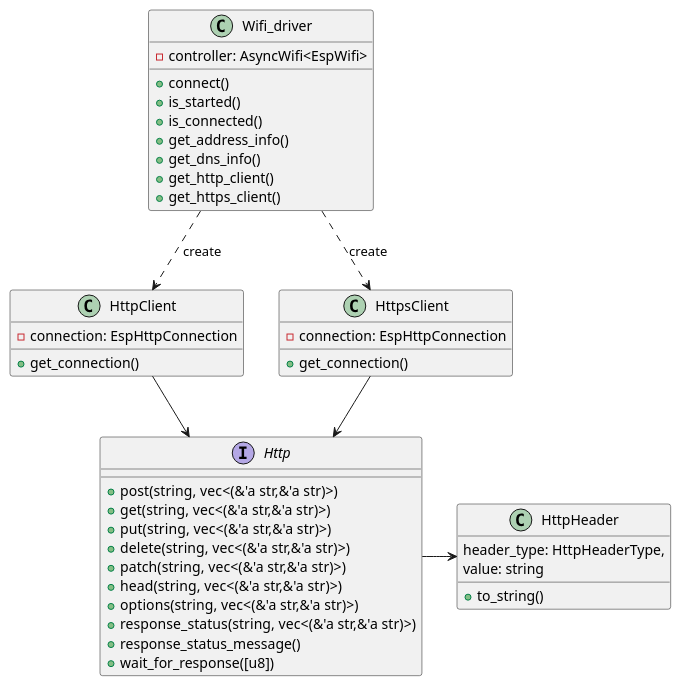
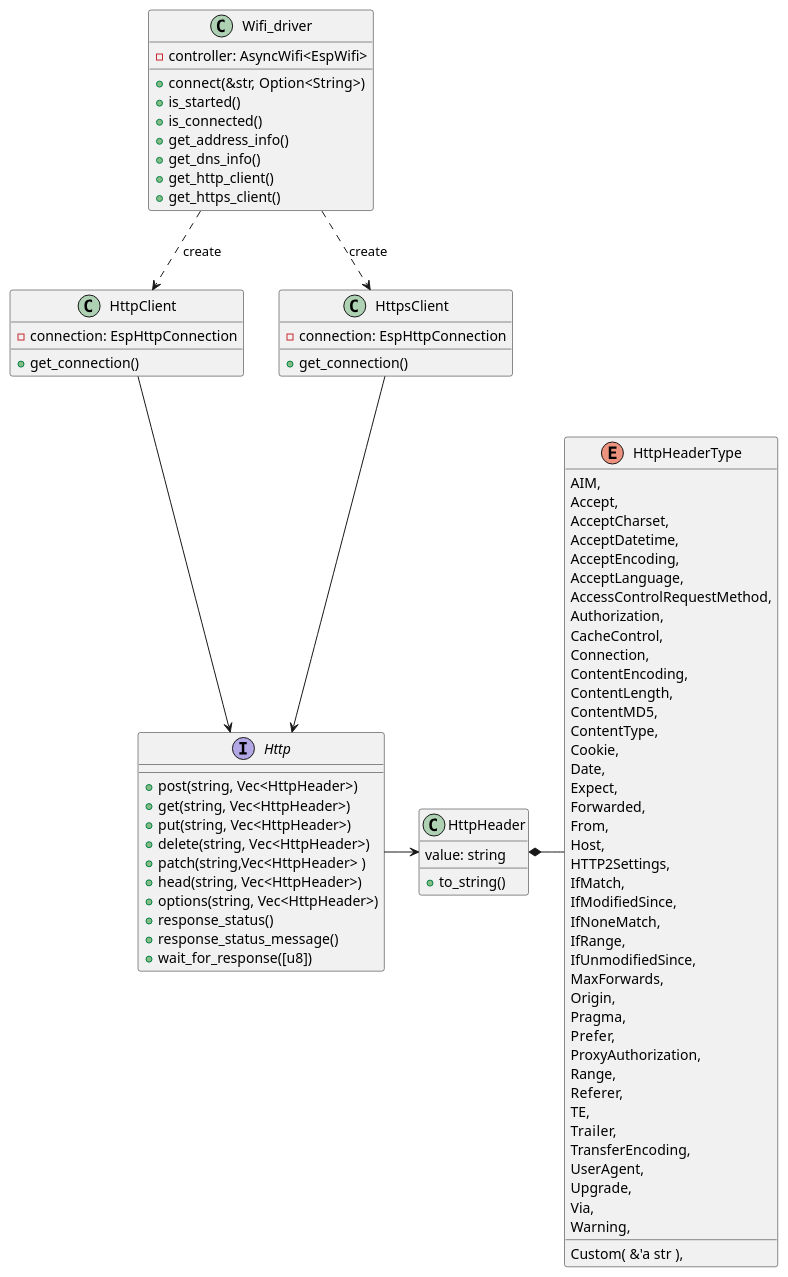
One commit to esp32framework/esp32framework changed the diagram in diagrams/wifi-driver.puml. Above: the diagram before and after it, drawn with PlantUML. The commit also changed 8 other files, not shown here.

```diff
--- a/diagrams/wifi-driver.puml
+++ b/diagrams/wifi-driver.puml
@@ -1,52 +1,94 @@
 @startuml Wifi Driver
 
 class Wifi_driver{
     -controller: AsyncWifi<EspWifi>
-    +connect()
+    +connect(&str, Option<String>)
     +is_started()
     +is_connected()
     +get_address_info()
     +get_dns_info()
     +get_http_client()
     +get_https_client()
 }
 
 interface Http{
-    +post(string, vec<(&'a str,&'a str)>)
-    +get(string, vec<(&'a str,&'a str)>)
-    +put(string, vec<(&'a str,&'a str)>)
-    +delete(string, vec<(&'a str,&'a str)>)
-    +patch(string, vec<(&'a str,&'a str)>)
-    +head(string, vec<(&'a str,&'a str)>)
-    +options(string, vec<(&'a str,&'a str)>)
-    +response_status(string, vec<(&'a str,&'a str)>)
+    +post(string, Vec<HttpHeader>)
+    +get(string, Vec<HttpHeader>)
+    +put(string, Vec<HttpHeader>)
+    +delete(string, Vec<HttpHeader>)
+    +patch(string,Vec<HttpHeader> )
+    +head(string, Vec<HttpHeader>)
+    +options(string, Vec<HttpHeader>)
+    +response_status()
     +response_status_message()
     +wait_for_response([u8])
 }
 
 class HttpClient{
     -connection: EspHttpConnection
     +get_connection()
     
 }
 
 class HttpsClient{
     -connection: EspHttpConnection
     +get_connection()
 }
 
 class HttpHeader {
-    header_type: HttpHeaderType,
     value: string
     +to_string()
 }
 
+enum HttpHeaderType {
+    AIM,
+    Accept,
+    AcceptCharset,
+    AcceptDatetime,
+    AcceptEncoding,
+    AcceptLanguage,
+    AccessControlRequestMethod,
+    Authorization,
+    CacheControl,
+    Connection,
+    ContentEncoding,
+    ContentLength,
+    ContentMD5,
+    ContentType,
+    Cookie,
+    Custom( &'a str ),
+    Date,
+    Expect,
+    Forwarded,
+    From,
+    Host,
+    HTTP2Settings,
+    IfMatch,
+    IfModifiedSince,
+    IfNoneMatch,
+    IfRange,
+    IfUnmodifiedSince,
+    MaxForwards,
+    Origin,
+    Pragma,	
+    Prefer,	
+    ProxyAuthorization,
+    Range,	
+    Referer,
+    TE,
+    Trailer,
+    TransferEncoding,
+    UserAgent,
+    Upgrade,
+    Via,
+    Warning,
+}
 
 Wifi_driver ..> HttpClient: create
 Wifi_driver ..> HttpsClient: create
 HttpClient --> Http
 HttpsClient --> Http
 Http -> HttpHeader
-
+HttpHeader *- HttpHeaderType
 
 @enduml
```
